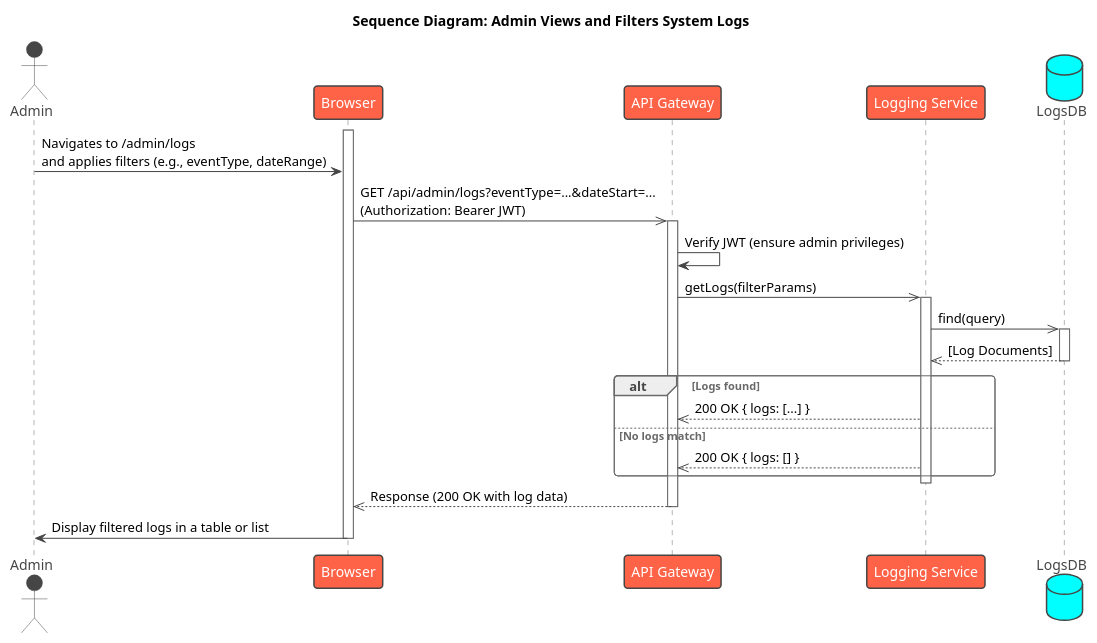
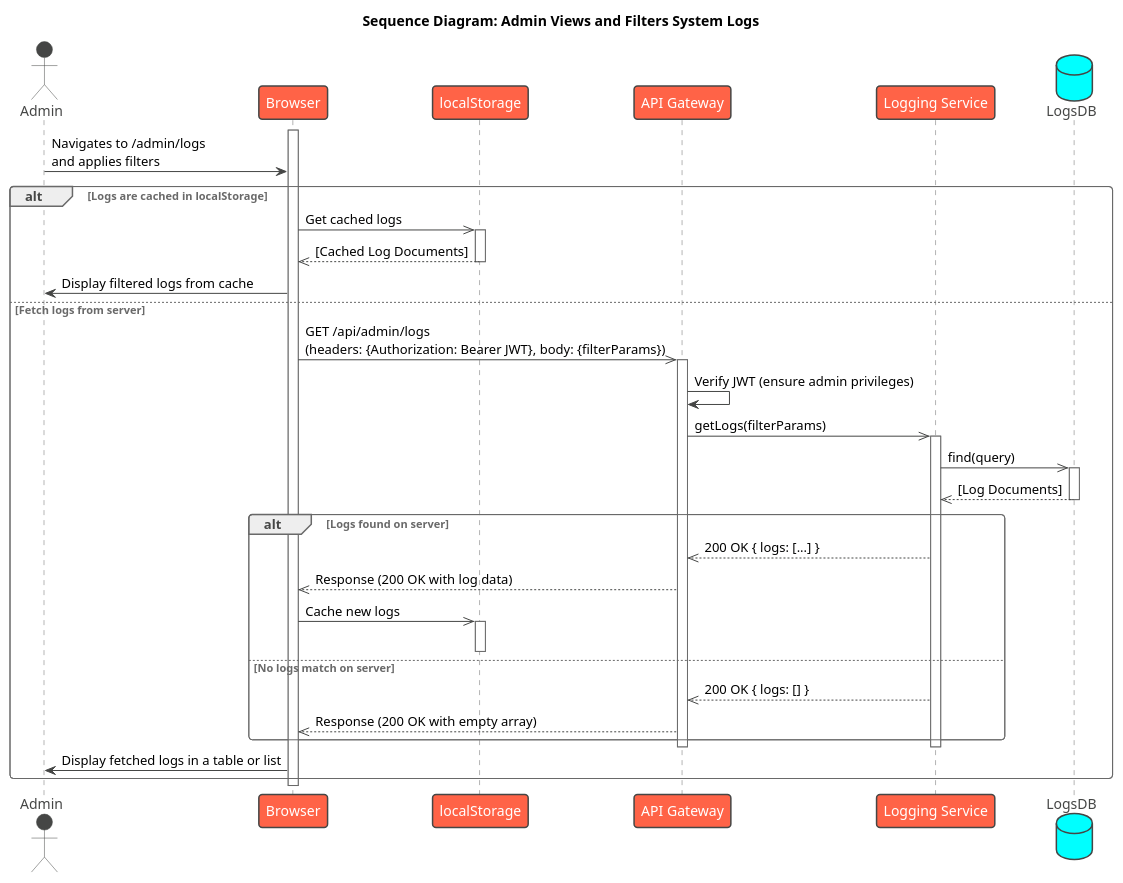
Before and after one commit to Arado3333/PageByPage_Israel_Arad: the diagram in UML/Sequences/Admin/AdminViewLogsSeq.puml, drawn with PlantUML. The commit also changed 13 other files, not shown here.

```diff
--- a/UML/Sequences/Admin/AdminViewLogsSeq.puml
+++ b/UML/Sequences/Admin/AdminViewLogsSeq.puml
@@ -1,40 +1,59 @@
 @startuml
 !theme vibrant
 
 title Sequence Diagram: Admin Views and Filters System Logs
 
 actor Admin
 participant Browser
+participant "localStorage" as LocalStorage
 participant "API Gateway" as Gateway
 participant "Logging Service" as LoggingService
 database "LogsDB"
 
 activate Browser
-Admin -> Browser : Navigates to /admin/logs\nand applies filters (e.g., eventType, dateRange)
+Admin -> Browser : Navigates to /admin/logs\nand applies filters
 
-Browser ->> Gateway : GET /api/admin/logs?eventType=...&dateStart=...\n(Authorization: Bearer JWT)
-activate Gateway
+alt Logs are cached in localStorage
 
-Gateway -> Gateway : Verify JWT (ensure admin privileges)
-Gateway ->> LoggingService : getLogs(filterParams)
-activate LoggingService
+    Browser ->> LocalStorage : Get cached logs
+    activate LocalStorage
+    LocalStorage -->> Browser : [Cached Log Documents]
+    deactivate LocalStorage
 
-LoggingService ->> LogsDB : find(query)
-activate LogsDB
-LogsDB -->> LoggingService : [Log Documents]
-deactivate LogsDB
+    Browser -> Admin : Display filtered logs from cache
 
-alt Logs found
-    LoggingService -->> Gateway : 200 OK { logs: [...] }
-else No logs match
-    LoggingService -->> Gateway : 200 OK { logs: [] }
+else Fetch logs from server
+
+    Browser ->> Gateway : GET /api/admin/logs\n(headers: {Authorization: Bearer JWT}, body: {filterParams})
+    activate Gateway
+
+    Gateway -> Gateway : Verify JWT (ensure admin privileges)
+    Gateway ->> LoggingService : getLogs(filterParams)
+    activate LoggingService
+
+    LoggingService ->> LogsDB : find(query)
+    activate LogsDB
+    LogsDB -->> LoggingService : [Log Documents]
+    deactivate LogsDB
+
+    alt Logs found on server
+        LoggingService -->> Gateway : 200 OK { logs: [...] }
+        Gateway -->> Browser : Response (200 OK with log data)
+        Browser ->> LocalStorage : Cache new logs
+        activate LocalStorage
+        deactivate LocalStorage
+    else No logs match on server
+        LoggingService -->> Gateway : 200 OK { logs: [] }
+        Gateway -->> Browser : Response (200 OK with empty array)
+    end
+
+    deactivate LoggingService
+    deactivate Gateway
+
+    Browser -> Admin : Display fetched logs in a table or list
+
 end
 
-deactivate LoggingService
-Gateway -->> Browser : Response (200 OK with log data)
-deactivate Gateway
-
-Browser -> Admin : Display filtered logs in a table or list
 deactivate Browser
 
 @enduml
```
